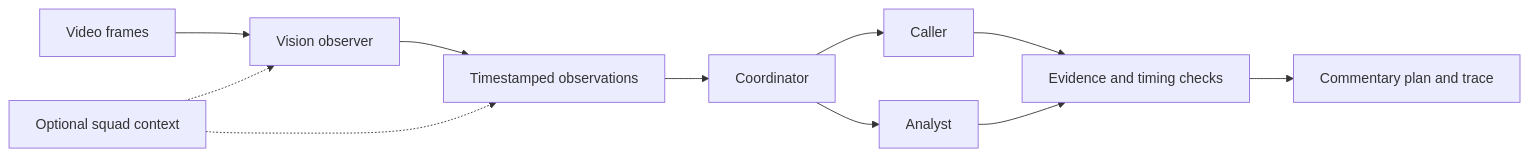
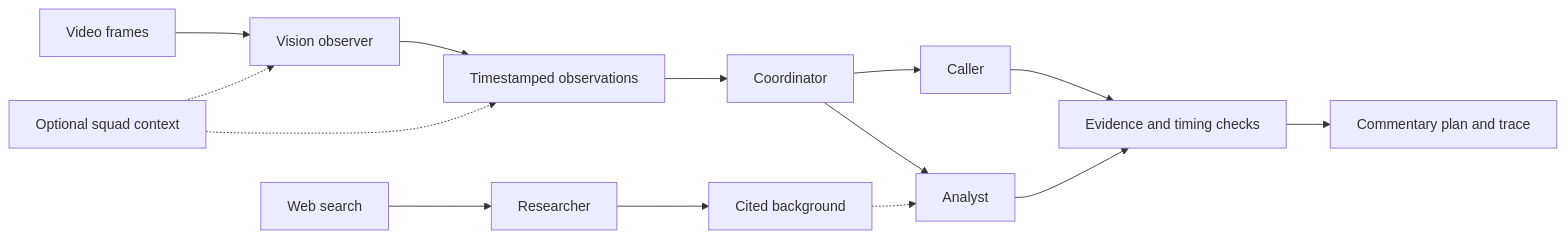
The diagram in README.md (aarshroongta1/live-soccer-commentary), drawn with Mermaid before and after one commit. The commit also changed other lines of this file, not shown here.

Commit message:
Fold search into the architecture

````diff
--- a/README.md
+++ b/README.md
@@ -61,13 +35,16 @@
 ```mermaid
 flowchart LR
     V[Video frames] --> O[Vision observer]
     R[Optional squad context] -.-> O
     O --> E[Timestamped observations]
     R -.-> E
     E --> C[Coordinator]
     C --> P[Caller]
     C --> A[Analyst]
+    W[Web search] --> B[Researcher]
+    B --> F[Cited background]
+    F -.-> A
     P --> G[Evidence and timing checks]
     A --> G
     G --> S[Commentary plan and trace]
 ```
````
